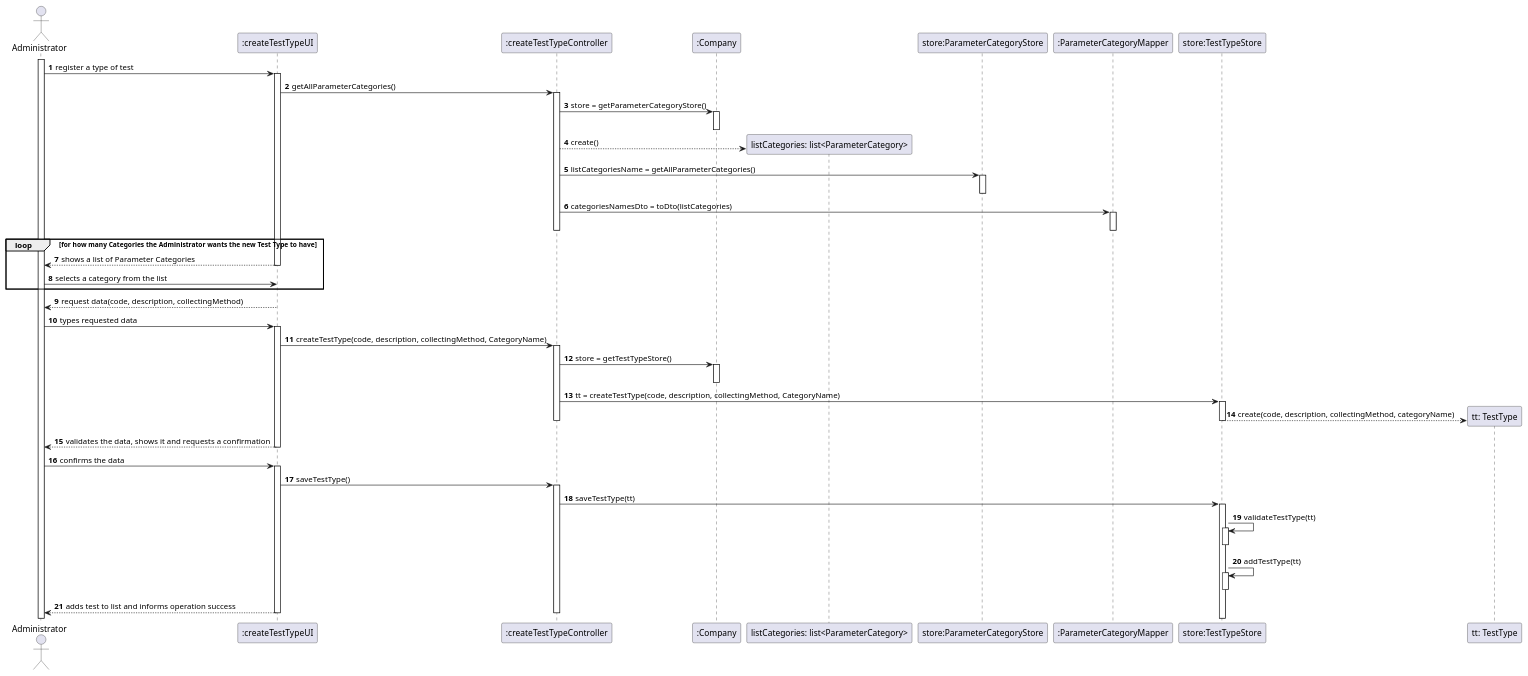
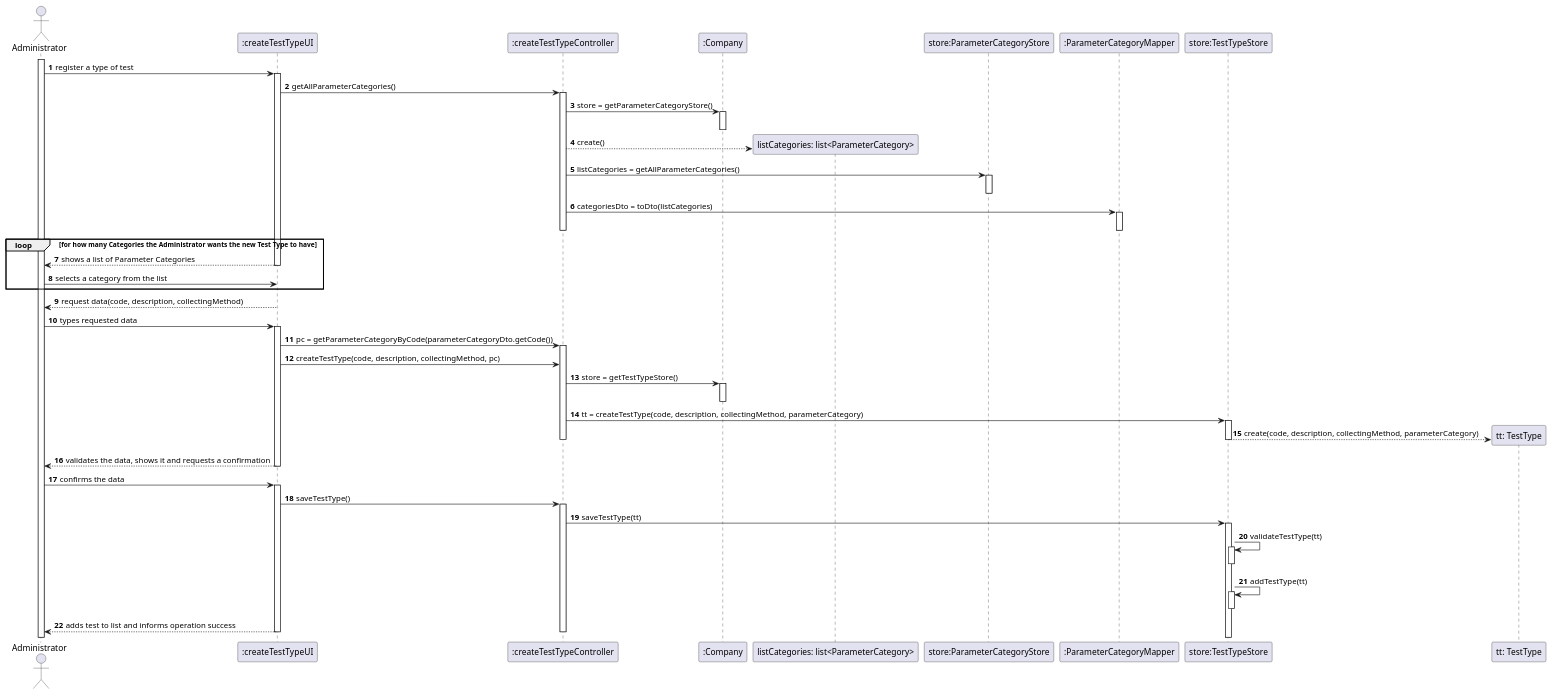
One commit to 0franciscor/lei-21-s2-1de-g19 changed the diagram in docs/SprintB/US09/US09-SD.puml. Above: the diagram before and after it, drawn with PlantUML. The commit also changed 2 other files, not shown here.

Commit message:
diagramas

```diff
--- a/docs/SprintB/US09/US09-SD.puml
+++ b/docs/SprintB/US09/US09-SD.puml
@@ -1,76 +1,79 @@
 @startuml
 autonumber
 actor "Administrator" as admin
 activate admin
 
 admin -> ":createTestTypeUI" : register a type of test
 
 
 activate ":createTestTypeUI"
 ":createTestTypeUI" -> ":createTestTypeController": getAllParameterCategories()
 
 
 activate ":createTestTypeController"
 ":createTestTypeController" -> ":Company": store = getParameterCategoryStore()
 activate ":Company"
 deactivate ":Company"
 
 
 create "listCategories: list<ParameterCategory>"
 ":createTestTypeController" --> "listCategories: list<ParameterCategory>": create()
 
 
-":createTestTypeController" -> "store:ParameterCategoryStore": listCategoriesName = getAllParameterCategories()
+":createTestTypeController" -> "store:ParameterCategoryStore": listCategories = getAllParameterCategories()
 activate "store:ParameterCategoryStore"
 deactivate "store:ParameterCategoryStore"
 
 
-":createTestTypeController" -> ":ParameterCategoryMapper": categoriesNamesDto = toDto(listCategories)
+":createTestTypeController" -> ":ParameterCategoryMapper": categoriesDto = toDto(listCategories)
 activate ":ParameterCategoryMapper"
 deactivate ":ParameterCategoryMapper"
 deactivate ":createTestTypeController"
 
 loop for how many Categories the Administrator wants the new Test Type to have
 ":createTestTypeUI" --> admin: shows a list of Parameter Categories
 deactivate ":createTestTypeUI"
 admin -> ":createTestTypeUI": selects a category from the list
 end
 
 activate ":createTestTypeUI"
 ":createTestTypeUI" --> admin: request data(code, description, collectingMethod)
 deactivate ":createTestTypeUI"
 deactivate ":createTestTypeUI"
 admin -> ":createTestTypeUI" : types requested data
 activate ":createTestTypeUI"
-":createTestTypeUI" -> ":createTestTypeController": createTestType(code, description, collectingMethod, CategoryName)
+
+":createTestTypeUI" -> ":createTestTypeController": pc = getParameterCategoryByCode(parameterCategoryDto.getCode())
 activate ":createTestTypeController"
+":createTestTypeUI" -> ":createTestTypeController": createTestType(code, description, collectingMethod, pc)
+
 ":createTestTypeController" -> ":Company" : store = getTestTypeStore()
 activate ":Company"
 deactivate ":Company"
-":createTestTypeController" -> "store:TestTypeStore" : tt = createTestType(code, description, collectingMethod, CategoryName)
+":createTestTypeController" -> "store:TestTypeStore" : tt = createTestType(code, description, collectingMethod, parameterCategory)
 activate "store:TestTypeStore"
 create "tt: TestType"
-"store:TestTypeStore" --> "tt: TestType" : create(code, description, collectingMethod, categoryName)
+"store:TestTypeStore" --> "tt: TestType" : create(code, description, collectingMethod, parameterCategory)
 deactivate "store:TestTypeStore"
 
 deactivate ":createTestTypeController"
 ":createTestTypeUI" --> admin: validates the data, shows it and requests a confirmation
 deactivate ":createTestTypeUI"
 admin -> ":createTestTypeUI": confirms the data
 activate ":createTestTypeUI"
 ":createTestTypeUI" -> ":createTestTypeController": saveTestType()
 activate ":createTestTypeController"
 
 ":createTestTypeController" -> "store:TestTypeStore"++ : saveTestType(tt)
 "store:TestTypeStore" -> "store:TestTypeStore": validateTestType(tt)
 activate "store:TestTypeStore"
 deactivate "store:TestTypeStore"
 "store:TestTypeStore" -> "store:TestTypeStore": addTestType(tt)
 activate "store:TestTypeStore"
 deactivate "store:TestTypeStore"
 
 
 ":createTestTypeUI" --> admin: adds test to list and informs operation success
 deactivate ":createTestTypeController"
 deactivate ":createTestTypeUI"
 @enduml
```
